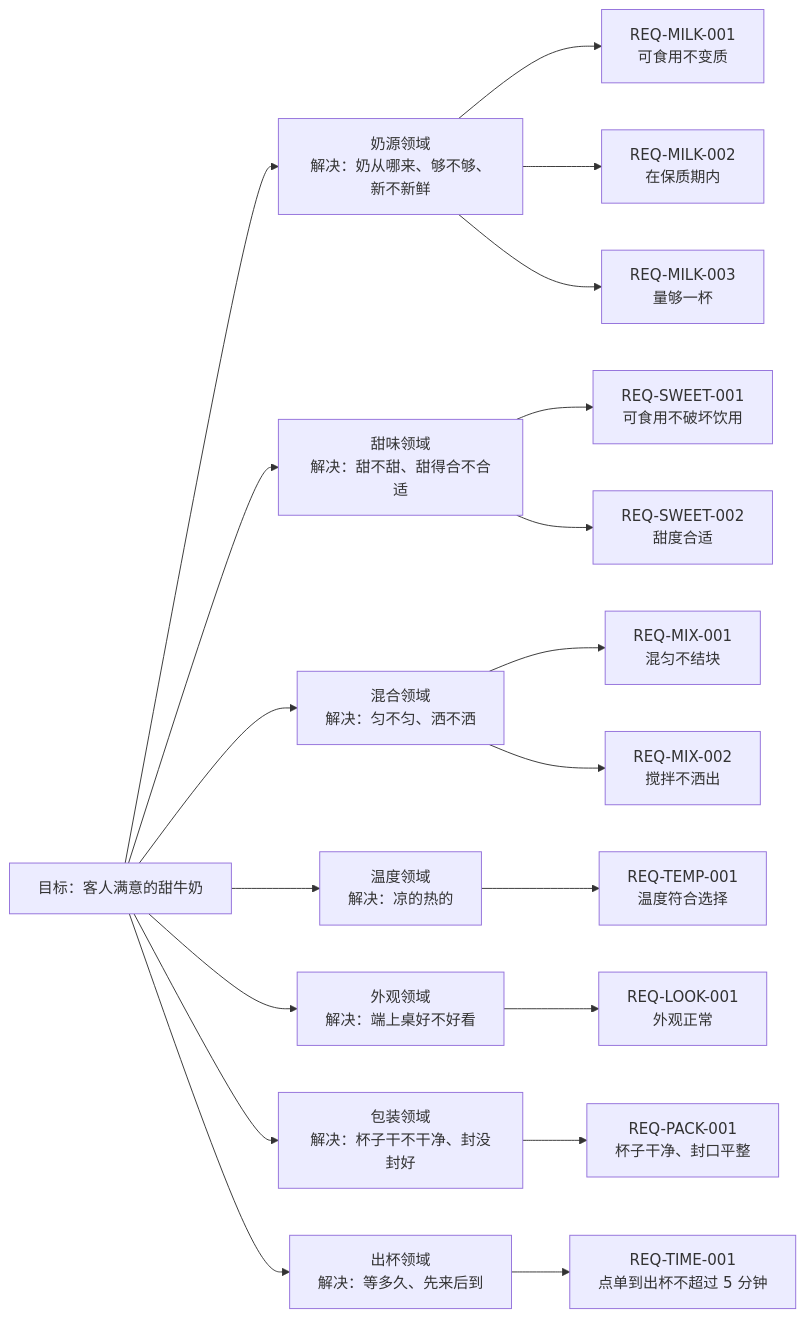
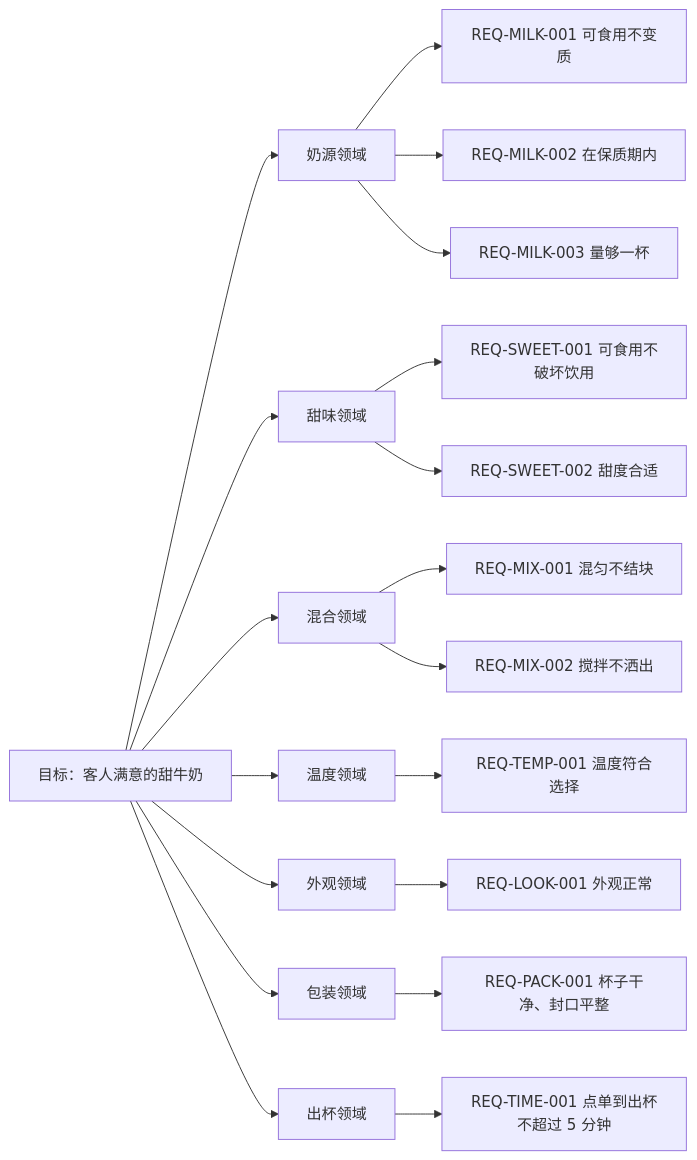
One commit to morewhyhan/Ignite changed the diagram in docs/GOAL-milk.md. Above: the diagram before and after it, drawn with Mermaid. The commit also changed other lines of this file, not shown here.

Commit message:
docs: organize the milk example in the ddd order

````diff
--- a/docs/GOAL-milk.md
+++ b/docs/GOAL-milk.md
@@ -64,29 +169,29 @@
 ```mermaid
 flowchart LR
   G["目标：客人满意的甜牛奶"]
-  D1["奶源领域<br/>解决：奶从哪来、够不够、新不新鲜"]
-  D2["甜味领域<br/>解决：甜不甜、甜得合不合适"]
-  D3["混合领域<br/>解决：匀不匀、洒不洒"]
-  D4["温度领域<br/>解决：凉的热的"]
-  D5["外观领域<br/>解决：端上桌好不好看"]
-  D6["包装领域<br/>解决：杯子干不干净、封没封好"]
-  D7["出杯领域<br/>解决：等多久、先来后到"]
+  D1["奶源领域"]
+  D2["甜味领域"]
+  D3["混合领域"]
+  D4["温度领域"]
+  D5["外观领域"]
+  D6["包装领域"]
+  D7["出杯领域"]
   G --> D1
   G --> D2
   G --> D3
   G --> D4
   G --> D5
   G --> D6
   G --> D7
-  D1 --> R11["REQ-MILK-001<br/>可食用不变质"]
-  D1 --> R12["REQ-MILK-002<br/>在保质期内"]
-  D1 --> R13["REQ-MILK-003<br/>量够一杯"]
-  D2 --> R21["REQ-SWEET-001<br/>可食用不破坏饮用"]
-  D2 --> R22["REQ-SWEET-002<br/>甜度合适"]
-  D3 --> R31["REQ-MIX-001<br/>混匀不结块"]
-  D3 --> R32["REQ-MIX-002<br/>搅拌不洒出"]
-  D4 --> R41["REQ-TEMP-001<br/>温度符合选择"]
-  D5 --> R51["REQ-LOOK-001<br/>外观正常"]
-  D6 --> R61["REQ-PACK-001<br/>杯子干净、封口平整"]
-  D7 --> R71["REQ-TIME-001<br/>点单到出杯不超过 5 分钟"]
+  D1 --> R11["REQ-MILK-001 可食用不变质"]
+  D1 --> R12["REQ-MILK-002 在保质期内"]
+  D1 --> R13["REQ-MILK-003 量够一杯"]
+  D2 --> R21["REQ-SWEET-001 可食用不破坏饮用"]
+  D2 --> R22["REQ-SWEET-002 甜度合适"]
+  D3 --> R31["REQ-MIX-001 混匀不结块"]
+  D3 --> R32["REQ-MIX-002 搅拌不洒出"]
+  D4 --> R41["REQ-TEMP-001 温度符合选择"]
+  D5 --> R51["REQ-LOOK-001 外观正常"]
+  D6 --> R61["REQ-PACK-001 杯子干净、封口平整"]
+  D7 --> R71["REQ-TIME-001 点单到出杯不超过 5 分钟"]
 ```
````
